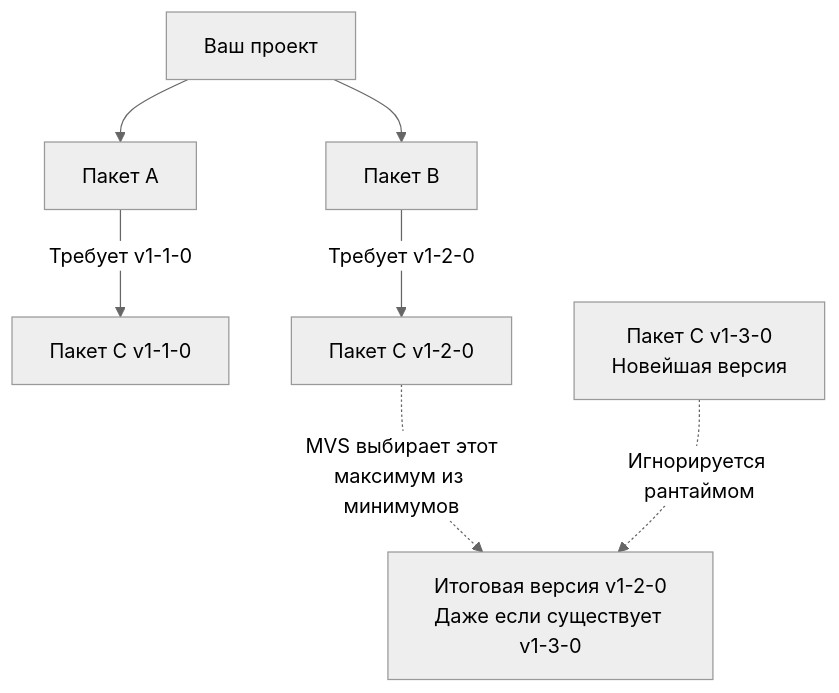
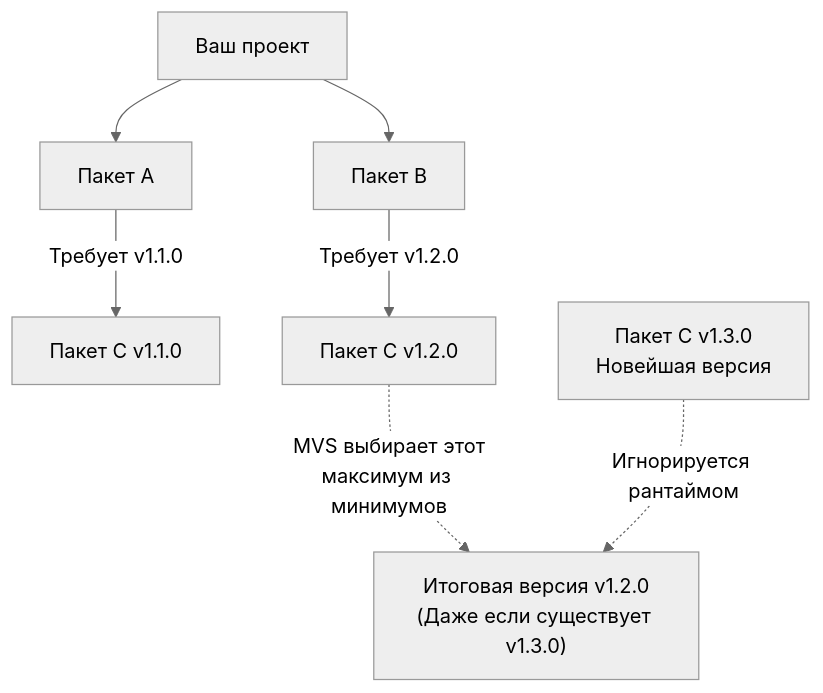
The diagram in sources/5. Учебник по Go (Основы и синтаксис)/28. Модули и go.mod.md (UnrealTemplier/go-textbook), drawn with Mermaid (neutral theme) before and after one commit. The commit also changed other lines of this file, not shown here.

````diff
--- a/sources/5. Учебник по Go (Основы и синтаксис)/28. Модули и go.mod.md
+++ b/sources/5. Учебник по Go (Основы и синтаксис)/28. Модули и go.mod.md
@@ -67,12 +81,12 @@
 ```mermaid
 flowchart TD
     Main["Ваш проект"] --> A["Пакет A"]
     Main --> B["Пакет B"]
     
-    A -->|"Требует v1-1-0"| C1["Пакет C v1-1-0"]
-    B -->|"Требует v1-2-0"| C2["Пакет C v1-2-0"]
+    A -->|"Требует v1.1.0"| C1["Пакет C v1.1.0"]
+    B -->|"Требует v1.2.0"| C2["Пакет C v1.2.0"]
     
-    C2 -.->|"MVS выбирает этот<br>максимум из минимумов"| Resolve["Итоговая версия v1-2-0<br>Даже если существует v1-3-0"]
+    C2 -.->|"MVS выбирает этот<br/>максимум из минимумов"| Resolve["Итоговая версия v1.2.0<br/>(Даже если существует v1.3.0)"]
     
-    C3["Пакет C v1-3-0<br>Новейшая версия"] -.->|"Игнорируется рантаймом"| Resolve
+    C3["Пакет C v1.3.0<br/>Новейшая версия"] -.->|"Игнорируется рантаймом"| Resolve
 ```
````
